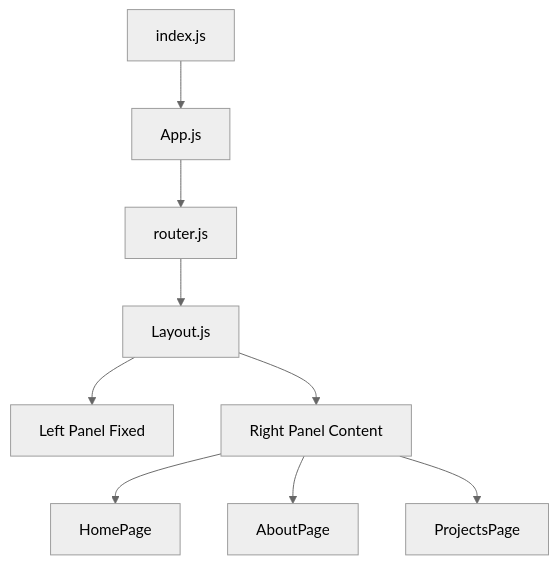
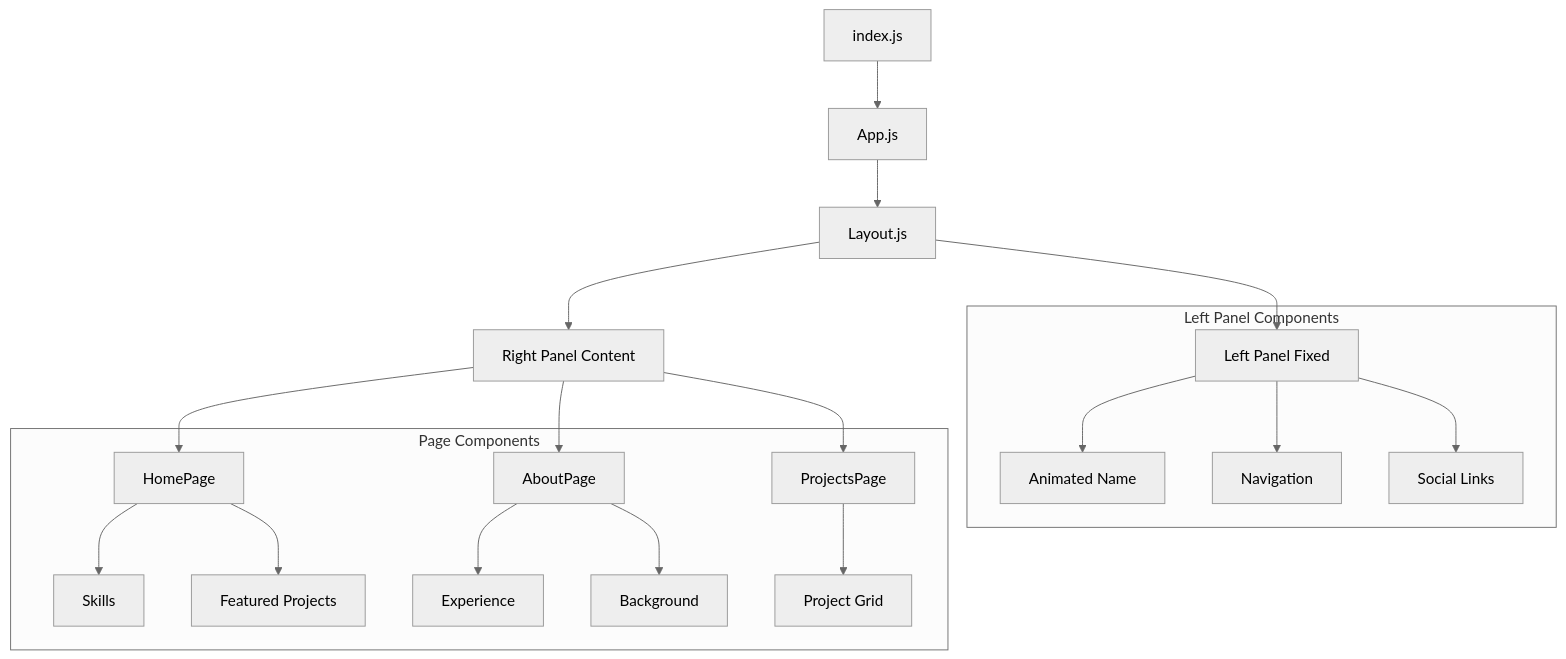
Before and after one commit to hamiltonnBC/portfolio-project: the diagram in repository-documentation.md, drawn with Mermaid (neutral theme). The commit also changed other lines of this file and 1 other file, not shown here.

````diff
--- a/repository-documentation.md
+++ b/repository-documentation.md
@@ -28,11 +36,24 @@
 ```mermaid
 graph TD
     A[index.js] --> B[App.js]
-    B --> C[router.js]
-    C --> D[Layout.js]
+    B --> D[Layout.js]
     D --> E[Left Panel Fixed]
     D --> F[Right Panel Content]
     F --> G[HomePage]
     F --> H[AboutPage]
     F --> I[ProjectsPage]
+    
+    subgraph "Left Panel Components"
+        E --> J[Animated Name]
+        E --> K[Navigation]
+        E --> L[Social Links]
+    end
+    
+    subgraph "Page Components"
+        G --> M[Skills]
+        G --> N[Featured Projects]
+        H --> O[Experience]
+        H --> P[Background]
+        I --> Q[Project Grid]
+    end
 ```
````
